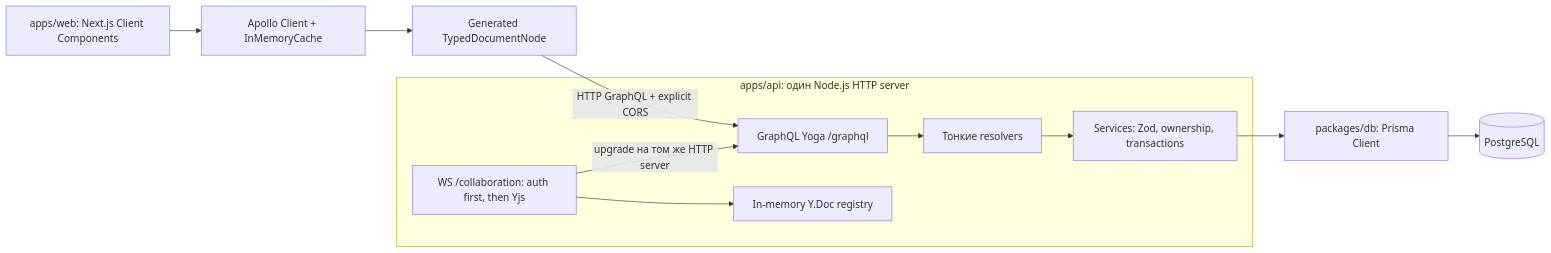
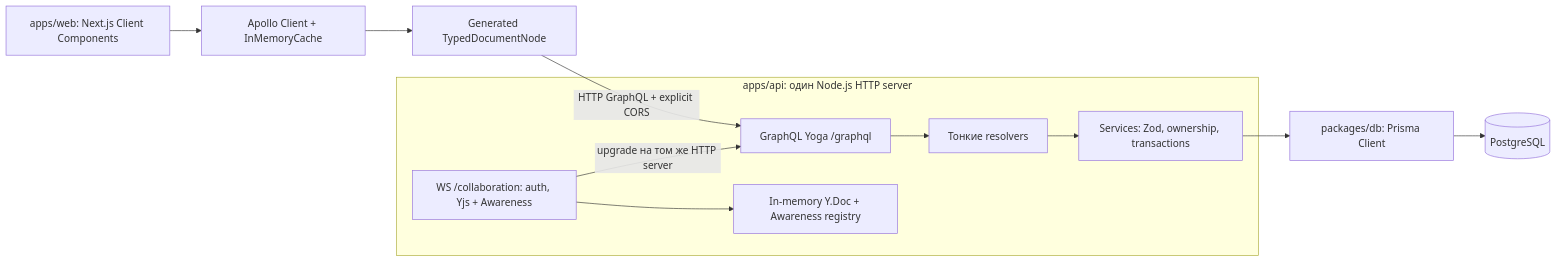
One commit to Milo78k/codemeet changed the first of 9 diagrams in docs/architecture.md. Above: the diagram before and after it, drawn with Mermaid. The commit also changed other lines of this file and 17 other files, not shown here.

````diff
--- a/docs/architecture.md
+++ b/docs/architecture.md
@@ -9,14 +9,14 @@
 ```mermaid
 flowchart LR
   Web["apps/web: Next.js Client Components"] --> Apollo["Apollo Client + InMemoryCache"]
   Apollo --> Typed["Generated TypedDocumentNode"]
   Typed -->|"HTTP GraphQL + explicit CORS"| Yoga
   subgraph API["apps/api: один Node.js HTTP server"]
     Yoga["GraphQL Yoga /graphql"] --> Resolvers["Тонкие resolvers"]
     Resolvers --> Services["Services: Zod, ownership, transactions"]
-    Realtime["WS /collaboration: auth first, then Yjs"] --> Rooms["In-memory Y.Doc registry"]
+    Realtime["WS /collaboration: auth, Yjs + Awareness"] --> Rooms["In-memory Y.Doc + Awareness registry"]
     Realtime -->|"upgrade на том же HTTP server"| Yoga
   end
   Services --> Prisma["packages/db: Prisma Client"]
   Prisma --> DB[(PostgreSQL)]
 ```
````
